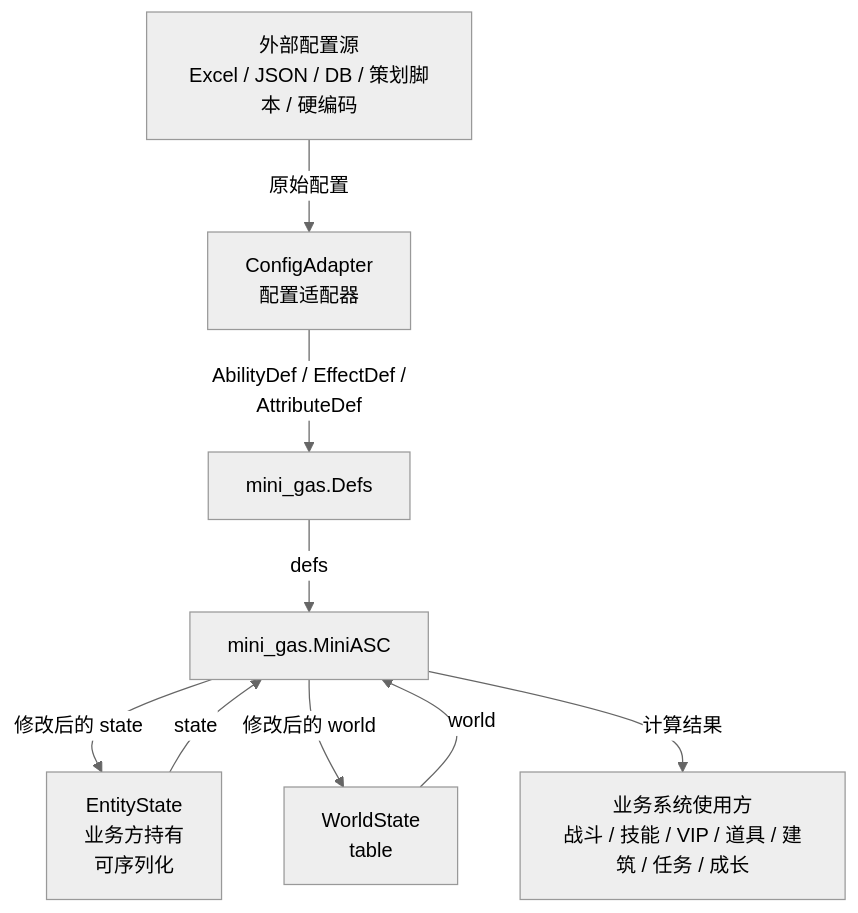
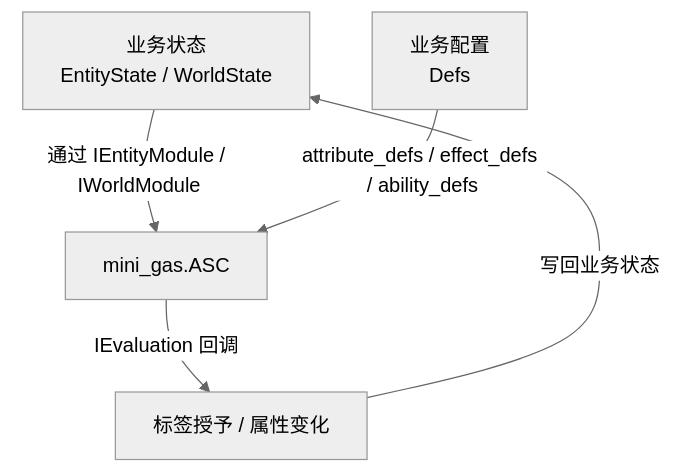
Before and after one commit to caorenmei/cgas: the diagram in docs/specs/mini_gas/architecture.md, drawn with Mermaid. The commit also changed other lines of this file and 34 other files, not shown here.

First line of the commit message:
refactor(mini_gas): 基于 v2 规格重写 mini_gas 实现与文档

````diff
--- a/docs/specs/mini_gas/architecture.md
+++ b/docs/specs/mini_gas/architecture.md
@@ -76,12 +24,8 @@
 ```mermaid
 %%{init: {'theme': 'neutral'}}%%
 flowchart TD
-    A[外部配置源<br/>Excel / JSON / DB / 策划脚本 / 硬编码] -->|原始配置| B[ConfigAdapter<br/>配置适配器]
-    B -->|AbilityDef / EffectDef /<br/>AttributeDef| D[mini_gas.Defs]
-    D -->|defs| C[mini_gas.MiniASC]
-    E[EntityState<br/>业务方持有<br/>可序列化] -->|state| C
-    W[WorldState<br/>table<EntityId, EntityState>] -->|world| C
-    C -->|修改后的 state| E
-    C -->|修改后的 world| W
-    C -->|计算结果| F[业务系统使用方<br/>战斗 / 技能 / VIP / 道具 / 建筑 / 任务 / 成长]
+    A[业务状态<br/>EntityState / WorldState] -->|通过 IEntityModule / IWorldModule| B[mini_gas.ASC]
+    C[业务配置<br/>Defs] -->|attribute_defs / effect_defs / ability_defs| B
+    B -->|IEvaluation 回调| D[标签授予 / 属性变化]
+    D -->|写回业务状态| A
 ```
````
